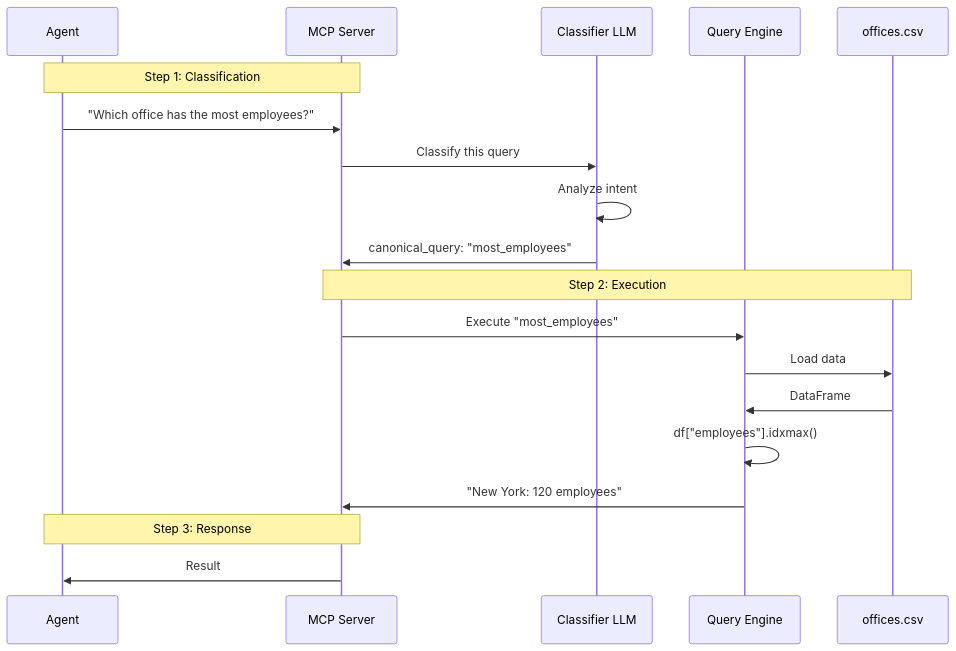
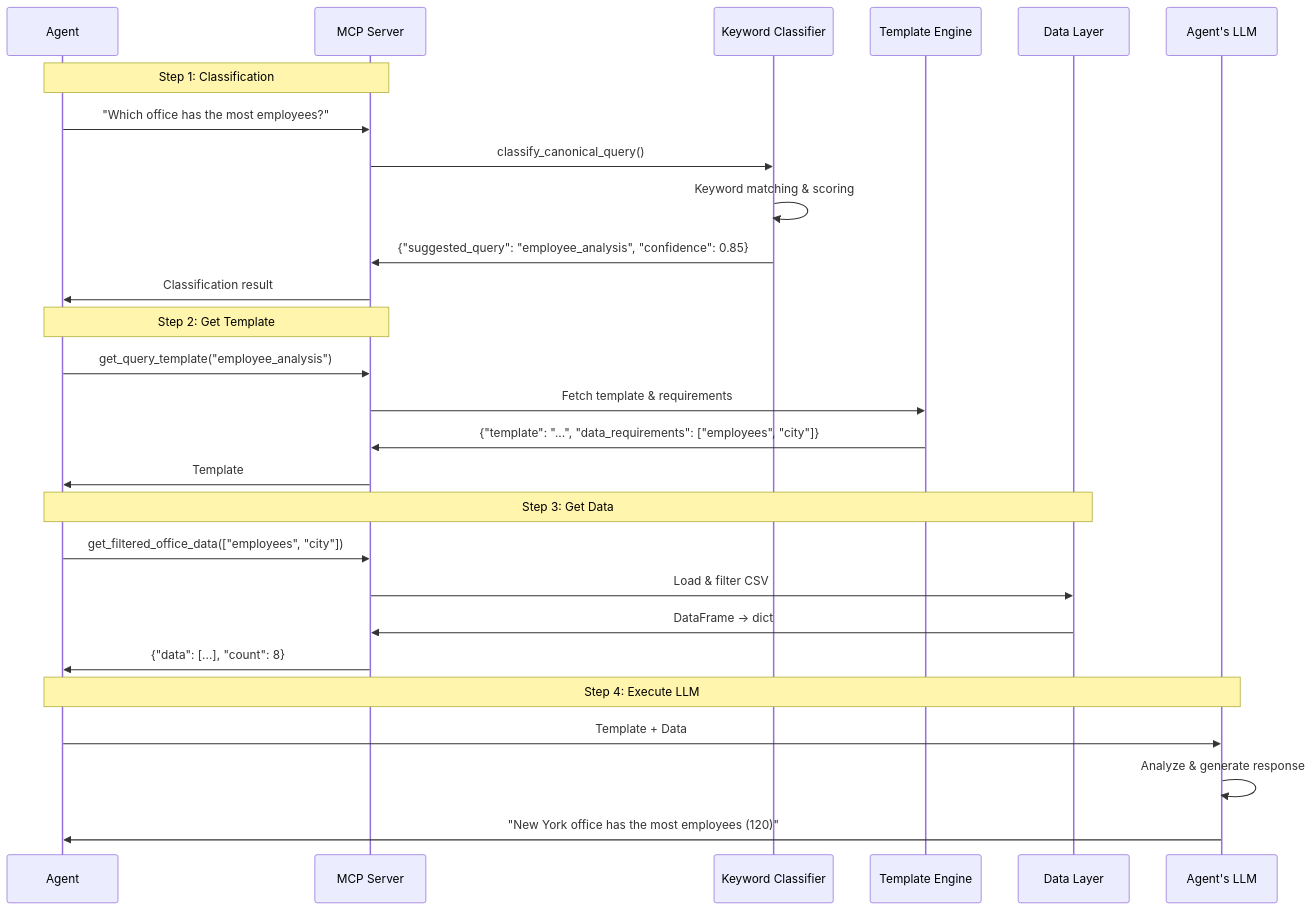
One commit to skillrepos/ai-3in1 changed the third of 6 diagrams in docs/architecture-lab6.md. Above: the diagram before and after it, drawn with Mermaid. The commit also changed other lines of this file and 10 other files, not shown here.

Commit message:
update retries and architecture diagrams

````diff
--- a/docs/architecture-lab6.md
+++ b/docs/architecture-lab6.md
@@ -64,24 +68,33 @@
 ```mermaid
 sequenceDiagram
     participant Agent
     participant MCP as MCP Server
-    participant LLM as Classifier LLM
-    participant Query as Query Engine
-    participant CSV as offices.csv
+    participant Classifier as Keyword Classifier
+    participant Template as Template Engine
+    participant Data as Data Layer
+    participant LLM as Agent's LLM
 
     Note over Agent,MCP: Step 1: Classification
     Agent->>MCP: "Which office has the most employees?"
-    MCP->>LLM: Classify this query
-    LLM->>LLM: Analyze intent
-    LLM->>MCP: canonical_query: "most_employees"
+    MCP->>Classifier: classify_canonical_query()
+    Classifier->>Classifier: Keyword matching & scoring
+    Classifier->>MCP: {"suggested_query": "employee_analysis", "confidence": 0.85}
+    MCP->>Agent: Classification result
 
-    Note over MCP,CSV: Step 2: Execution
-    MCP->>Query: Execute "most_employees"
-    Query->>CSV: Load data
-    CSV->>Query: DataFrame
-    Query->>Query: df["employees"].idxmax()
-    Query->>MCP: "New York: 120 employees"
+    Note over Agent,MCP: Step 2: Get Template
+    Agent->>MCP: get_query_template("employee_analysis")
+    MCP->>Template: Fetch template & requirements
+    Template->>MCP: {"template": "...", "data_requirements": ["employees", "city"]}
+    MCP->>Agent: Template
 
-    Note over MCP,Agent: Step 3: Response
-    MCP->>Agent: Result
+    Note over Agent,Data: Step 3: Get Data
+    Agent->>MCP: get_filtered_office_data(["employees", "city"])
+    MCP->>Data: Load & filter CSV
+    Data->>MCP: DataFrame → dict
+    MCP->>Agent: {"data": [...], "count": 8}
+
+    Note over Agent,LLM: Step 4: Execute LLM
+    Agent->>LLM: Template + Data
+    LLM->>LLM: Analyze & generate response
+    LLM->>Agent: "New York office has the most employees (120)"
 ```
````
